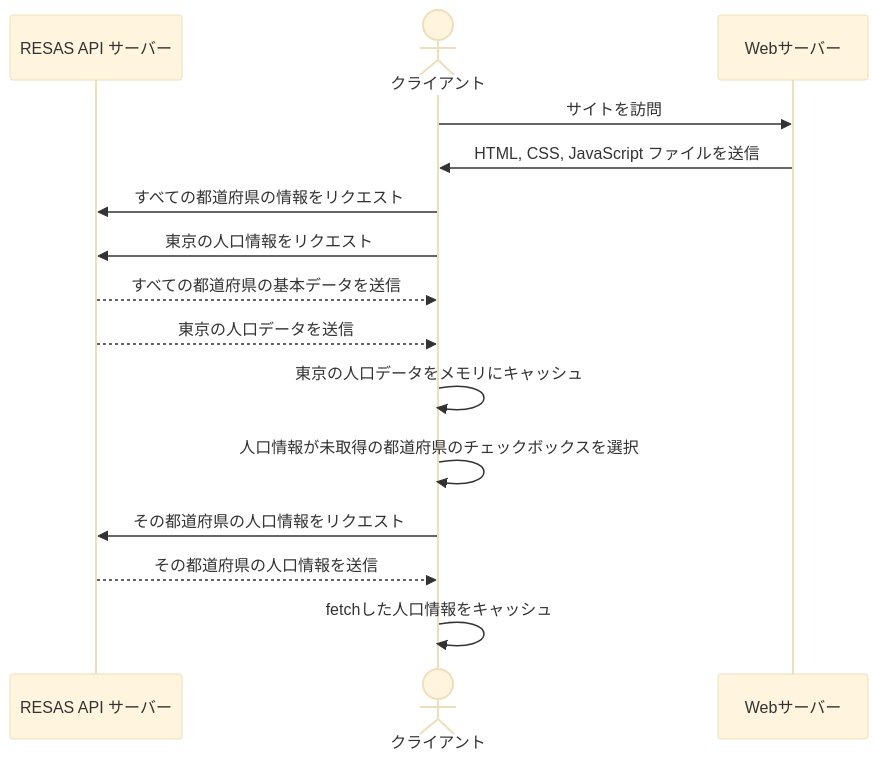
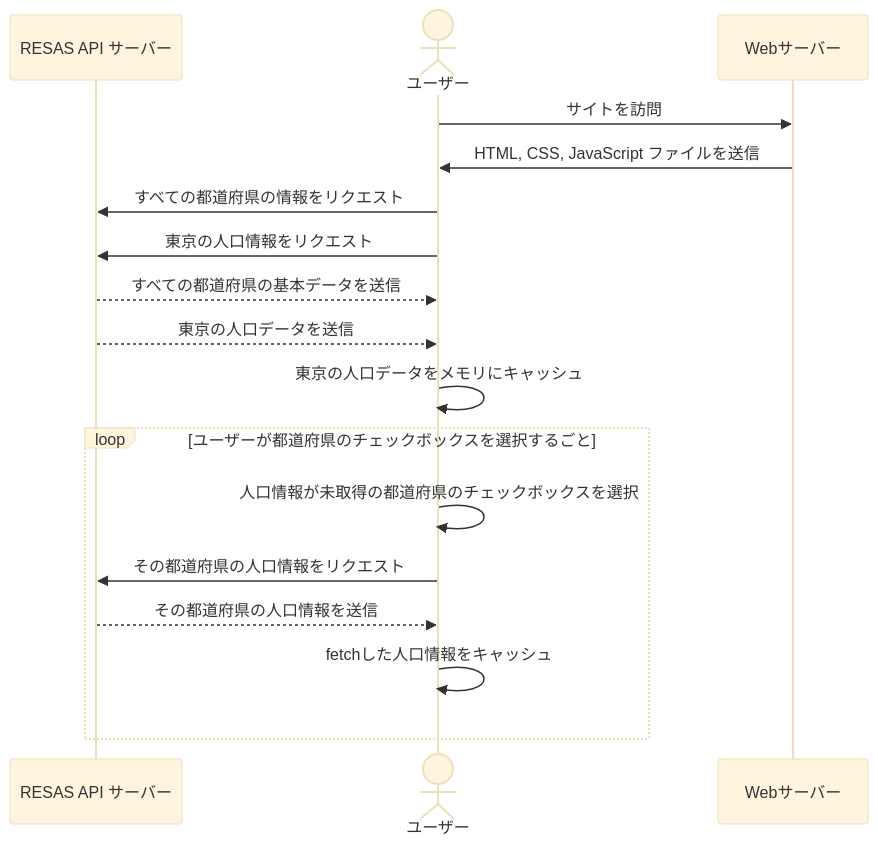
Before and after one commit to Key5n/population-growth: the diagram in README.md, drawn with Mermaid (base theme).

Commit message:
chore: modify sequencial diagram
Loop を使うのが最適だと思ったのでそれを図に加えました

````diff
--- a/README.md
+++ b/README.md
@@ -19,17 +19,19 @@
 ```mermaid
 sequenceDiagram
     participant resas as RESAS API サーバー
-    actor c as クライアント
+    actor c as ユーザー
     participant w as Webサーバー
     c->>w: サイトを訪問
     w->>c: HTML, CSS, JavaScript ファイルを送信
     c->>resas: すべての都道府県の情報をリクエスト
     c->>resas: 東京の人口情報をリクエスト
     resas-->>c: すべての都道府県の基本データを送信
     resas-->>c: 東京の人口データを送信
     c->>c: 東京の人口データをメモリにキャッシュ
-    c->>c: 人口情報が未取得の都道府県のチェックボックスを選択
-    c->>resas: その都道府県の人口情報をリクエスト
-    resas-->>c: その都道府県の人口情報を送信
-    c->>c: fetchした人口情報をキャッシュ
+    loop ユーザーが都道府県のチェックボックスを選択するごと
+	c->>c: 人口情報が未取得の都道府県のチェックボックスを選択
+	c->>resas: その都道府県の人口情報をリクエスト
+	resas-->>c: その都道府県の人口情報を送信
+	c->>c: fetchした人口情報をキャッシュ
+    end
 ```
````
